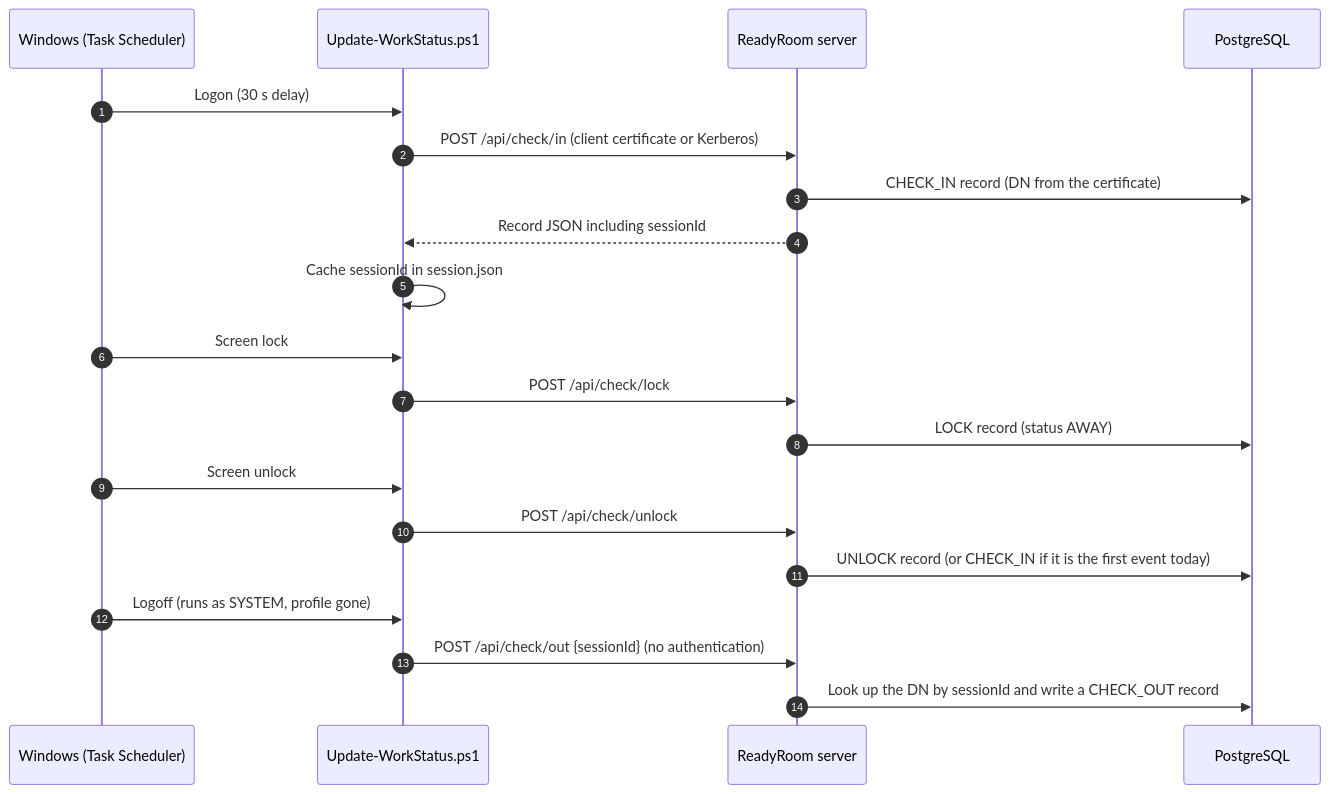
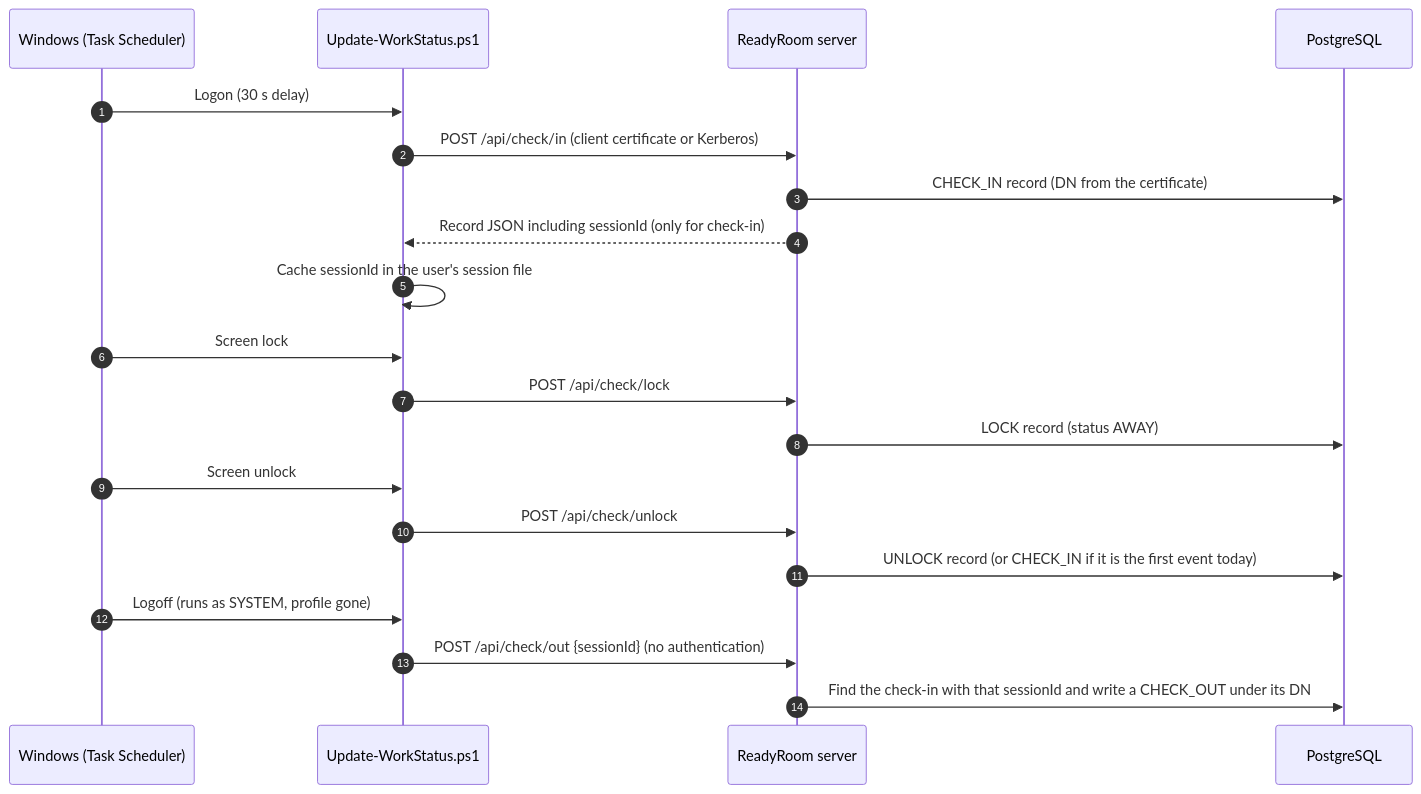
One commit to winllc/ens-apps-documentation changed the second of 2 diagrams in docs/readyroom/index.md. Above: the diagram before and after it, drawn with Mermaid. The commit also changed other lines of this file and 9 other files, not shown here.

````diff
--- a/docs/readyroom/index.md
+++ b/docs/readyroom/index.md
@@ -88,23 +88,23 @@
 ```mermaid
 sequenceDiagram
     autonumber
     participant W as Windows (Task Scheduler)
     participant C as Update-WorkStatus.ps1
     participant S as ReadyRoom server
     participant DB as PostgreSQL
 
     W->>C: Logon (30 s delay)
     C->>S: POST /api/check/in (client certificate or Kerberos)
     S->>DB: CHECK_IN record (DN from the certificate)
-    S-->>C: Record JSON including sessionId
-    C->>C: Cache sessionId in session.json
+    S-->>C: Record JSON including sessionId (only for check-in)
+    C->>C: Cache sessionId in the user's session file
     W->>C: Screen lock
     C->>S: POST /api/check/lock
     S->>DB: LOCK record (status AWAY)
     W->>C: Screen unlock
     C->>S: POST /api/check/unlock
     S->>DB: UNLOCK record (or CHECK_IN if it is the first event today)
     W->>C: Logoff (runs as SYSTEM, profile gone)
     C->>S: POST /api/check/out {sessionId} (no authentication)
-    S->>DB: Look up the DN by sessionId and write a CHECK_OUT record
+    S->>DB: Find the check-in with that sessionId and write a CHECK_OUT under its DN
 ```
````
